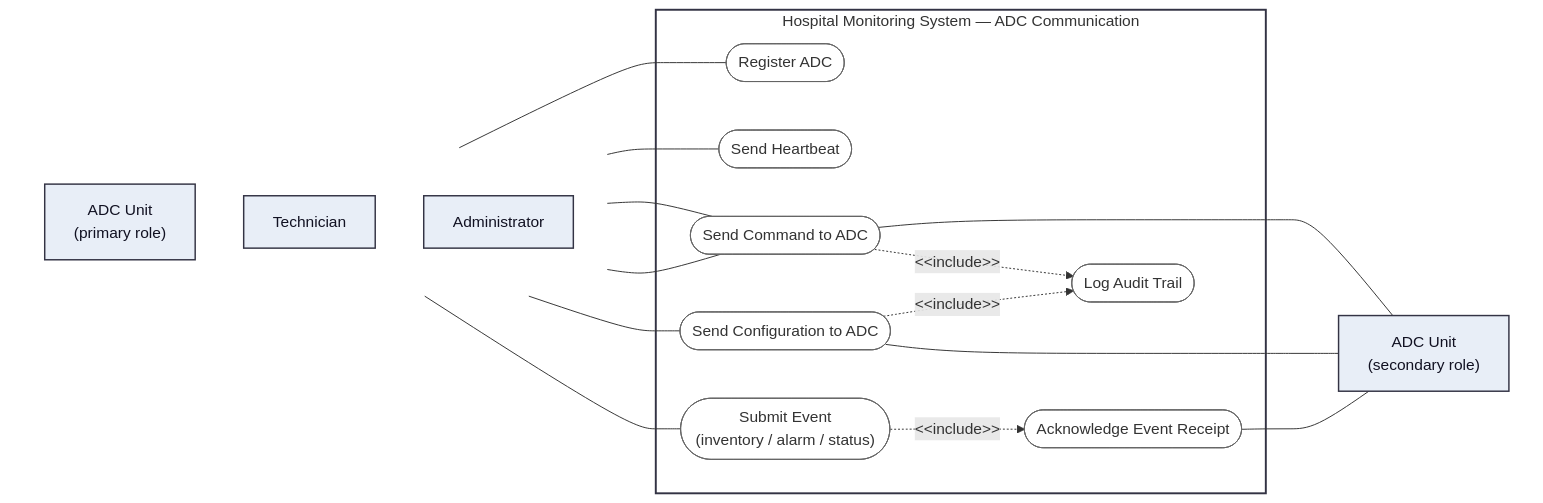
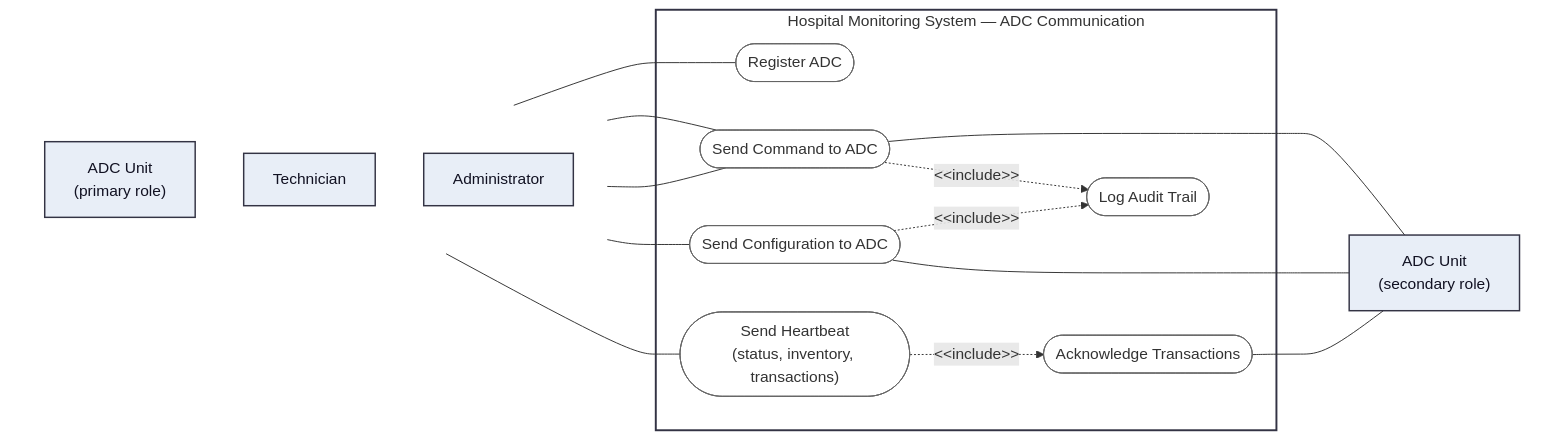
Before and after one commit to LukaMrt/3K04-project: the second of 6 diagrams in docs/part-b/diagrams/use-case-diagram.md, drawn with Mermaid. The commit also changed 5 other files, not shown here.

````diff
--- a/docs/part-b/diagrams/use-case-diagram.md
+++ b/docs/part-b/diagrams/use-case-diagram.md
@@ -66,46 +66,44 @@
 ```mermaid
 flowchart LR
     subgraph Primary[" "]
         direction TB
         ADC["ADC Unit<br/>(primary role)"]
         Technician["Technician"]
         Admin["Administrator"]
     end
 
     subgraph MS["Hospital Monitoring System — ADC Communication"]
         RegisterADC(["Register ADC"])
-        Heartbeat(["Send Heartbeat"])
-        SubmitEvent(["Submit Event<br/>(inventory / alarm / status)"])
-        AckEvent(["Acknowledge Event Receipt"])
+        Heartbeat(["Send Heartbeat<br/>(status, inventory, transactions)"])
+        AckEvent(["Acknowledge Transactions"])
         SendCmd(["Send Command to ADC"])
         SendConfig(["Send Configuration to ADC"])
         AuditLog(["Log Audit Trail"])
     end
 
     subgraph Secondary[" "]
         ADC2["ADC Unit<br/>(secondary role)"]
     end
 
     ADC --- RegisterADC
     ADC --- Heartbeat
-    ADC --- SubmitEvent
     Technician --- SendCmd
     Admin --- SendCmd
     Admin --- SendConfig
 
     SendCmd --- ADC2
     SendConfig --- ADC2
     AckEvent --- ADC2
 
-    SubmitEvent -. "&lt;&lt;include&gt;&gt;" .-> AckEvent
+    Heartbeat -. "&lt;&lt;include&gt;&gt;" .-> AckEvent
     SendCmd -. "&lt;&lt;include&gt;&gt;" .-> AuditLog
     SendConfig -. "&lt;&lt;include&gt;&gt;" .-> AuditLog
 
     classDef actor fill:#e8eef7,stroke:#334,stroke-width:1.5px,color:#112;
     classDef usecase fill:#fff,stroke:#666,stroke-width:1px;
     class ADC,ADC2,Technician,Admin actor;
-    class RegisterADC,Heartbeat,SubmitEvent,AckEvent,SendCmd,SendConfig,AuditLog usecase;
+    class RegisterADC,Heartbeat,AckEvent,SendCmd,SendConfig,AuditLog usecase;
     style Primary fill:none,stroke:none;
     style Secondary fill:none,stroke:none;
     style MS fill:none,stroke:#334,stroke-width:2px;
 ```
````
